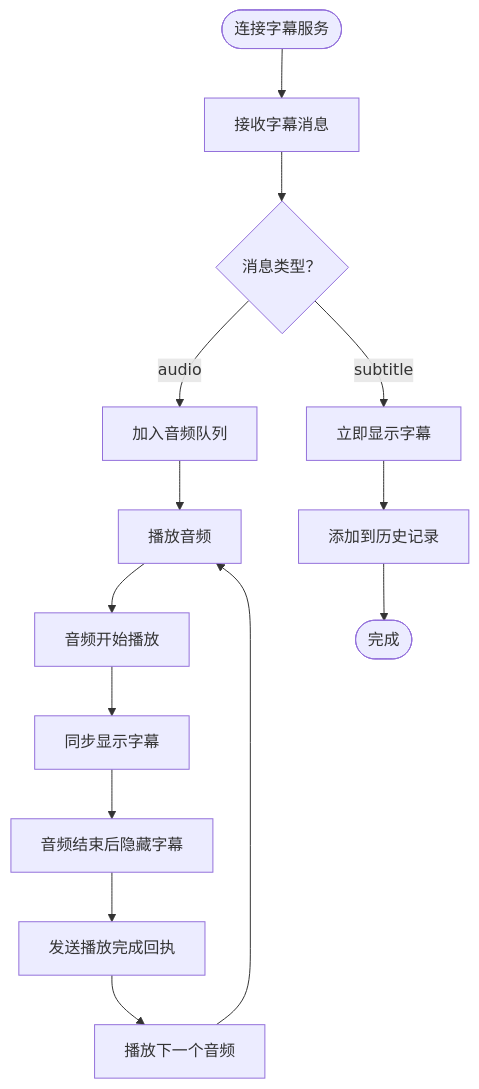
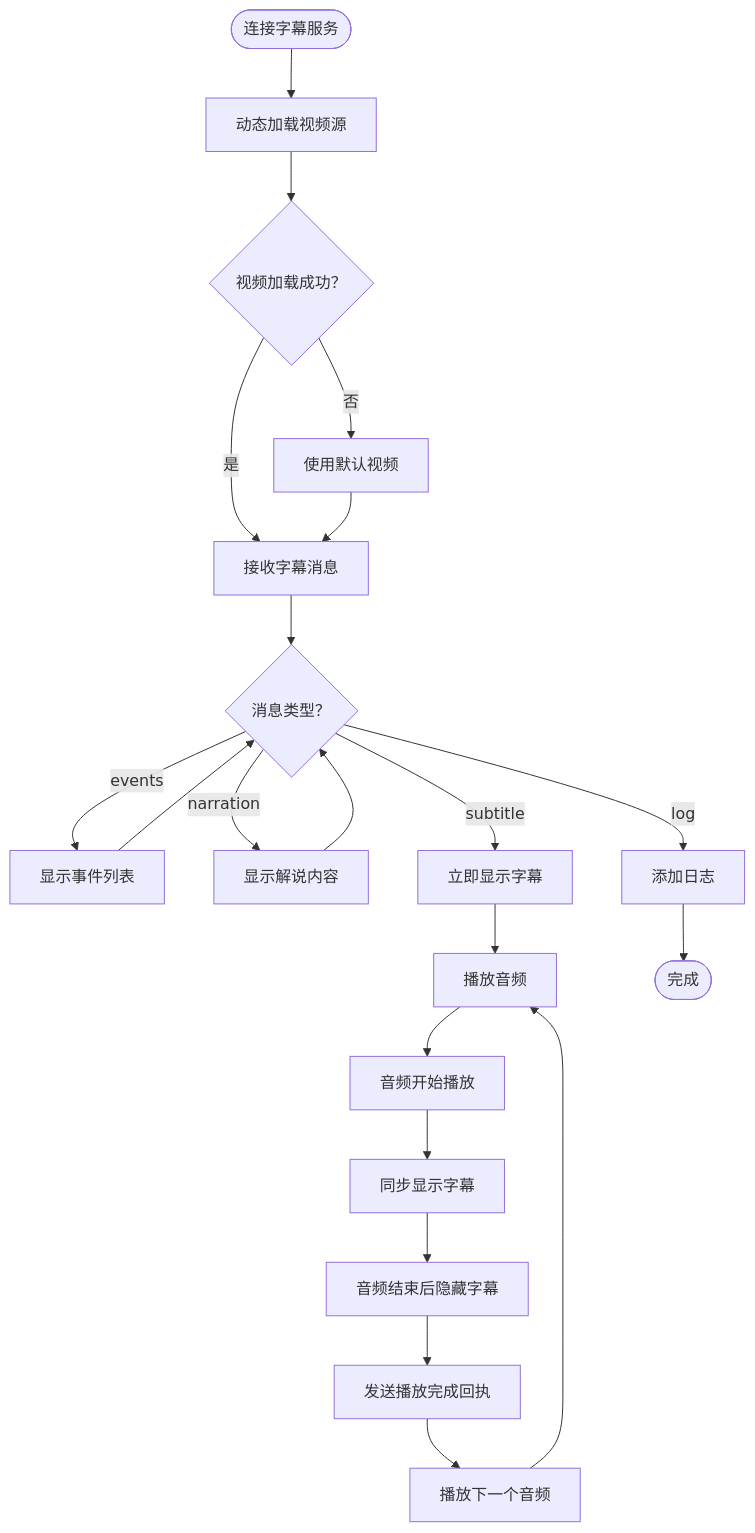
One commit to 1024dashen/Vue3Speech changed the fourth of 8 diagrams in .qoder/repowiki/zh/content/前端组件集成/前端组件集成.md. Above: the diagram before and after it, drawn with Mermaid. The commit also changed other lines of this file and 13 other files, not shown here.

````diff
--- a/.qoder/repowiki/zh/content/前端组件集成/前端组件集成.md
+++ b/.qoder/repowiki/zh/content/前端组件集成/前端组件集成.md
@@ -191,16 +199,23 @@
 ```mermaid
 flowchart TD
-Connect(["连接字幕服务"]) --> ReceiveMsg["接收字幕消息"]
+Connect(["连接字幕服务"]) --> LoadVideo["动态加载视频源"]
+LoadVideo --> VideoLoaded{"视频加载成功？"}
+VideoLoaded --> |否| UseDefault["使用默认视频"]
+VideoLoaded --> |是| ReceiveMsg["接收字幕消息"]
+UseDefault --> ReceiveMsg
 ReceiveMsg --> AudioMsg{"消息类型？"}
-AudioMsg --> |audio| Enqueue["加入音频队列"]
+AudioMsg --> |events| ShowEvents["显示事件列表"]
+AudioMsg --> |narration| ShowNarration["显示解说内容"]
 AudioMsg --> |subtitle| ShowSub["立即显示字幕"]
-Enqueue --> PlayAudio["播放音频"]
+AudioMsg --> |log| AddLog["添加日志"]
+ShowEvents --> AudioMsg
+ShowNarration --> AudioMsg
+ShowSub --> PlayAudio["播放音频"]
 PlayAudio --> OnPlay["音频开始播放"]
 OnPlay --> ShowSubSync["同步显示字幕"]
 ShowSubSync --> HideSub["音频结束后隐藏字幕"]
 HideSub --> SendDone["发送播放完成回执"]
 SendDone --> NextAudio["播放下一个音频"]
-ShowSub --> AddHistory["添加到历史记录"]
-AddHistory --> End(["完成"])
+AddLog --> End(["完成"])
 NextAudio --> PlayAudio
 ```
````
